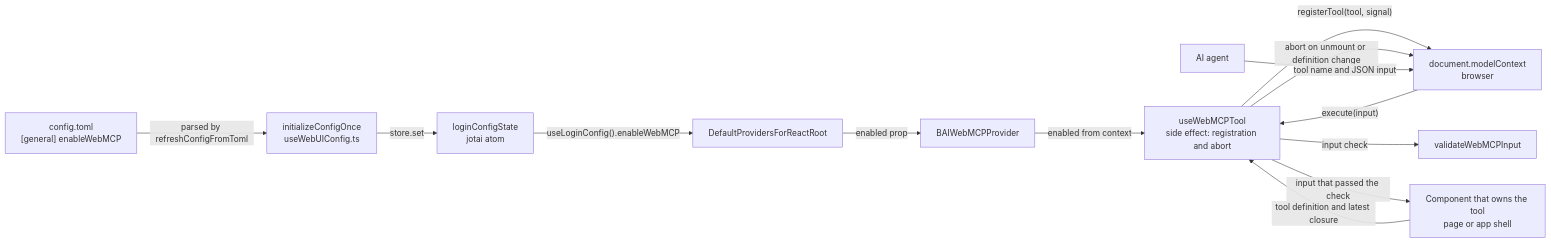
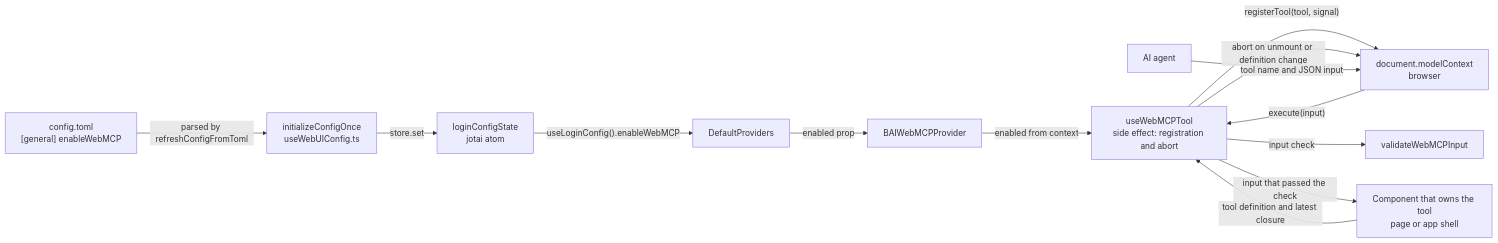
The diagram in docs/adr/0025-webmcp-tool-surface.md (lablup/backend.ai-webui), drawn with Mermaid before and after one commit. The commit also changed other lines of this file and 10 other files, not shown here.

````diff
--- a/docs/adr/0025-webmcp-tool-surface.md
+++ b/docs/adr/0025-webmcp-tool-surface.md
@@ -25,25 +25,25 @@
 ```mermaid
 flowchart LR
   toml["config.toml<br/>[general] enableWebMCP"]
   init["initializeConfigOnce<br/>useWebUIConfig.ts"]
   atom["loginConfigState<br/>jotai atom"]
-  root["DefaultProvidersForReactRoot"]
+  root["DefaultProviders"]
   provider["BAIWebMCPProvider"]
   owner["Component that owns the tool<br/>page or app shell"]
   hook["useWebMCPTool<br/>side effect: registration and abort"]
   validate["validateWebMCPInput"]
   mc["document.modelContext<br/>browser"]
   agent["AI agent"]
   toml -- "parsed by refreshConfigFromToml" --> init
   init -- "store.set" --> atom
   atom -- "useLoginConfig().enableWebMCP" --> root
   root -- "enabled prop" --> provider
   provider -- "enabled from context" --> hook
   owner -- "tool definition and latest closure" --> hook
   hook -- "registerTool(tool, signal)" --> mc
   hook -- "abort on unmount or definition change" --> mc
   agent -- "tool name and JSON input" --> mc
   mc -- "execute(input)" --> hook
   hook -- "input check" --> validate
   hook -- "input that passed the check" --> owner
 ```
````
